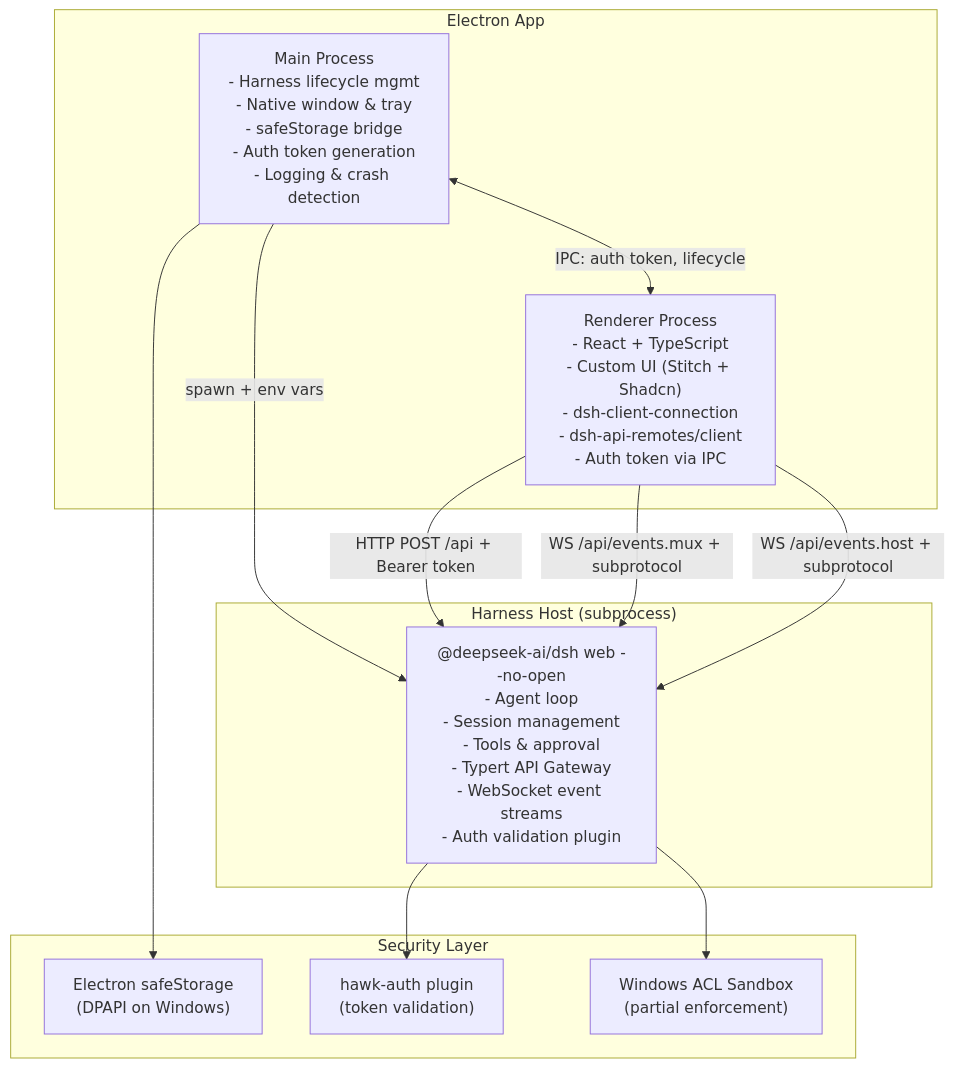
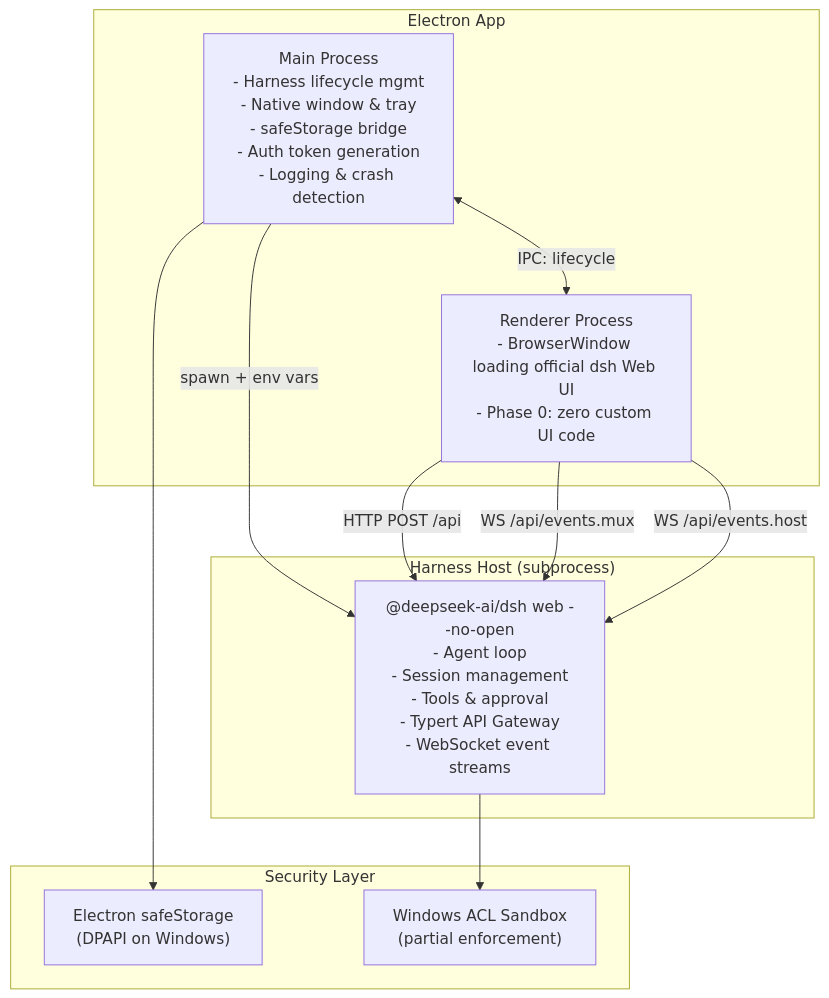
The diagram in docs/architecture.md (h382110229/HawkAIAgent), drawn with Mermaid before and after one commit. The commit also changed other lines of this file and 11 other files, not shown here.

````diff
--- a/docs/architecture.md
+++ b/docs/architecture.md
@@ -5,26 +5,24 @@
 ```mermaid
 graph TB
     subgraph Electron["Electron App"]
         Main["Main Process<br/>- Harness lifecycle mgmt<br/>- Native window & tray<br/>- safeStorage bridge<br/>- Auth token generation<br/>- Logging & crash detection"]
-        Renderer["Renderer Process<br/>- React + TypeScript<br/>- Custom UI (Stitch + Shadcn)<br/>- dsh-client-connection<br/>- dsh-api-remotes/client<br/>- Auth token via IPC"]
-        Main <-->|IPC: auth token, lifecycle| Renderer
+        Renderer["Renderer Process<br/>- BrowserWindow loading official dsh Web UI<br/>- Phase 0: zero custom UI code"]
+        Main <-->|IPC: lifecycle| Renderer
     end
 
     subgraph Harness["Harness Host (subprocess)"]
-        DSH["@deepseek-ai/dsh web --no-open<br/>- Agent loop<br/>- Session management<br/>- Tools & approval<br/>- Typert API Gateway<br/>- WebSocket event streams<br/>- Auth validation plugin"]
+        DSH["@deepseek-ai/dsh web --no-open<br/>- Agent loop<br/>- Session management<br/>- Tools & approval<br/>- Typert API Gateway<br/>- WebSocket event streams"]
     end
 
     subgraph Security["Security Layer"]
         SafeStorage["Electron safeStorage<br/>(DPAPI on Windows)"]
-        AuthPlugin["hawk-auth plugin<br/>(token validation)"]
         Sandbox["Windows ACL Sandbox<br/>(partial enforcement)"]
     end
 
     Main -->|spawn + env vars| DSH
-    Renderer -->|HTTP POST /api + Bearer token| DSH
-    Renderer -->|WS /api/events.mux + subprotocol| DSH
-    Renderer -->|WS /api/events.host + subprotocol| DSH
+    Renderer -->|HTTP POST /api| DSH
+    Renderer -->|WS /api/events.mux| DSH
+    Renderer -->|WS /api/events.host| DSH
     Main --> SafeStorage
-    DSH --> AuthPlugin
     DSH --> Sandbox
 ```
````
